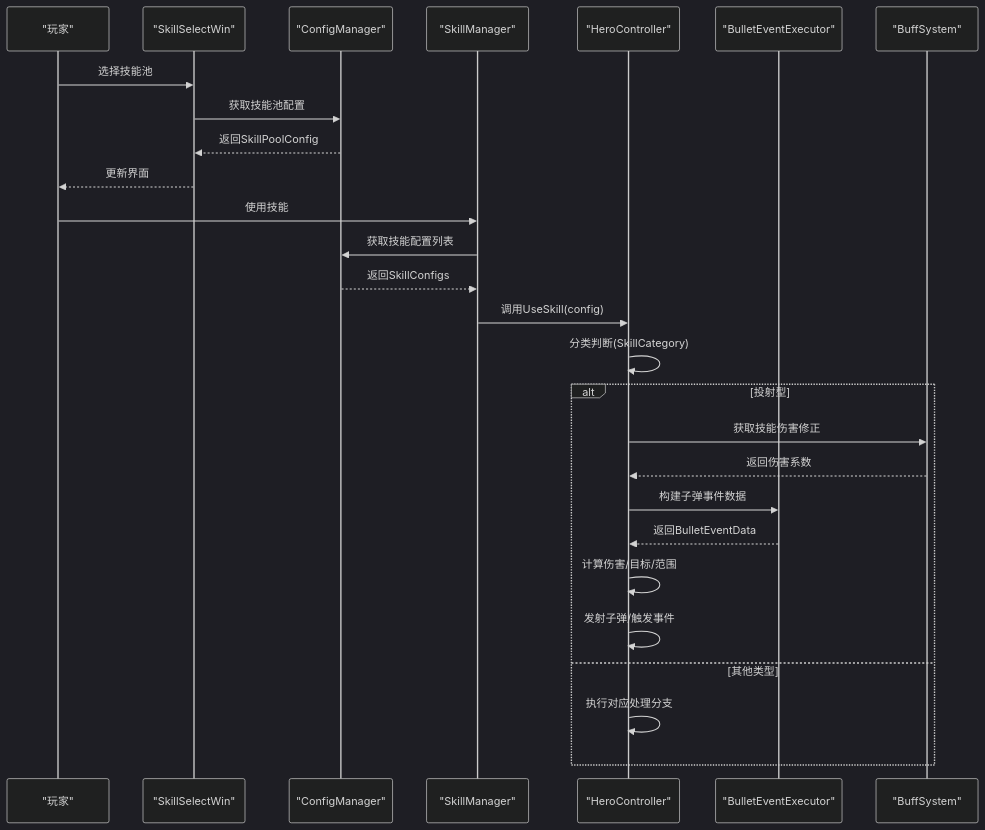
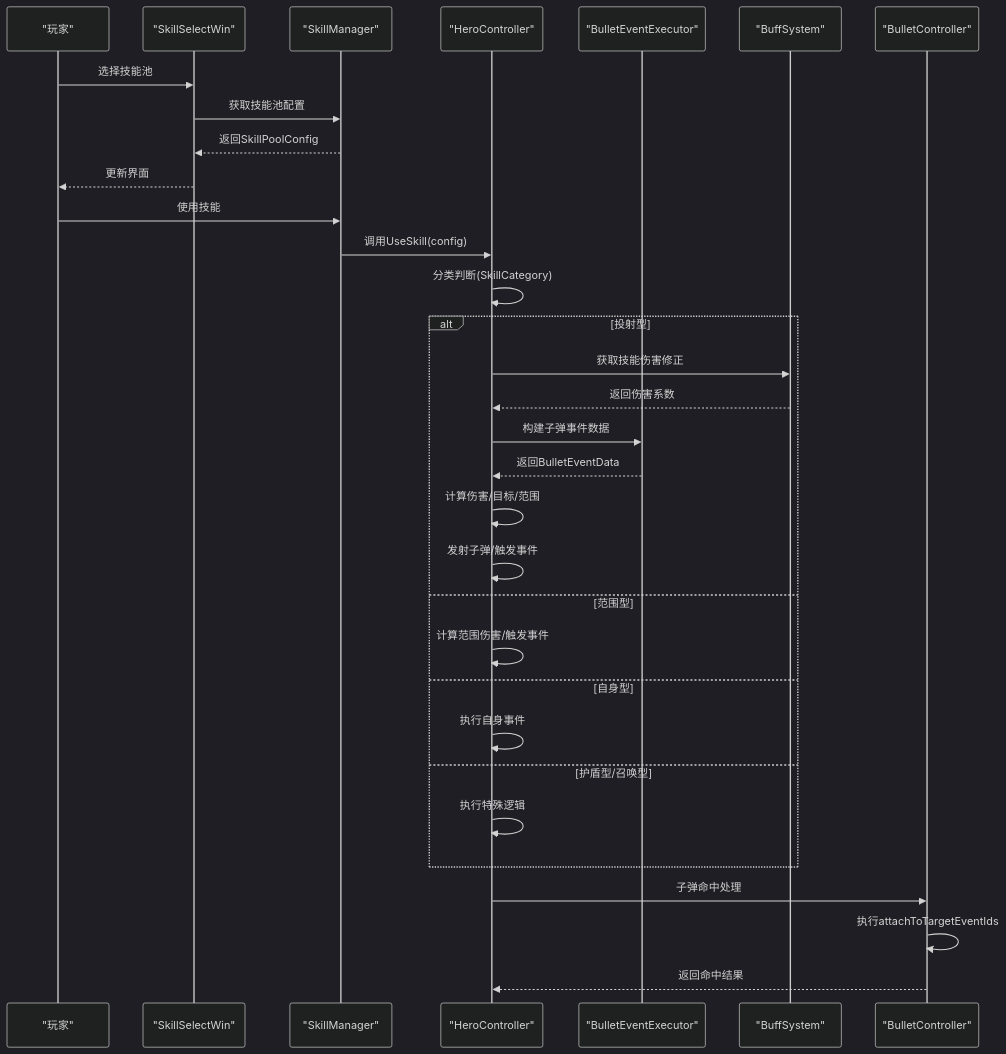
The second of 4 diagrams in .qoder/repowiki/zh/content/技能系统/技能配置系统.md (Tuusen/p1_client), drawn with Mermaid (dark theme) before and after one commit. The commit also changed other lines of this file and 13 other files, not shown here.

````diff
--- a/.qoder/repowiki/zh/content/技能系统/技能配置系统.md
+++ b/.qoder/repowiki/zh/content/技能系统/技能配置系统.md
@@ -130,29 +141,34 @@
 ```mermaid
 sequenceDiagram
 participant Player as "玩家"
 participant UI as "SkillSelectWin"
-participant CM as "ConfigManager"
 participant SM as "SkillManager"
 participant HC as "HeroController"
 participant BE as "BulletEventExecutor"
 participant BS as "BuffSystem"
+participant BC as "BulletController"
 Player->>UI : 选择技能池
-UI->>CM : 获取技能池配置
-CM-->>UI : 返回SkillPoolConfig
+UI->>SM : 获取技能池配置
+SM-->>UI : 返回SkillPoolConfig
 UI-->>Player : 更新界面
 Player->>SM : 使用技能
-SM->>CM : 获取技能配置列表
-CM-->>SM : 返回SkillConfigs
 SM->>HC : 调用UseSkill(config)
 HC->>HC : 分类判断(SkillCategory)
 alt 投射型
 HC->>BS : 获取技能伤害修正
 BS-->>HC : 返回伤害系数
 HC->>BE : 构建子弹事件数据
 BE-->>HC : 返回BulletEventData
 HC->>HC : 计算伤害/目标/范围
 HC->>HC : 发射子弹/触发事件
-else 其他类型
-HC->>HC : 执行对应处理分支
+else 范围型
+HC->>HC : 计算范围伤害/触发事件
+else 自身型
+HC->>HC : 执行自身事件
+else 护盾型/召唤型
+HC->>HC : 执行特殊逻辑
 end
+HC->>BC : 子弹命中处理
+BC->>BC : 执行attachToTargetEventIds
+BC-->>HC : 返回命中结果
 ```
````
